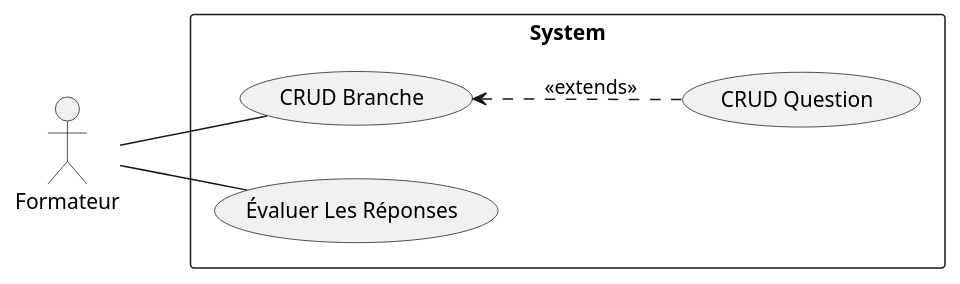
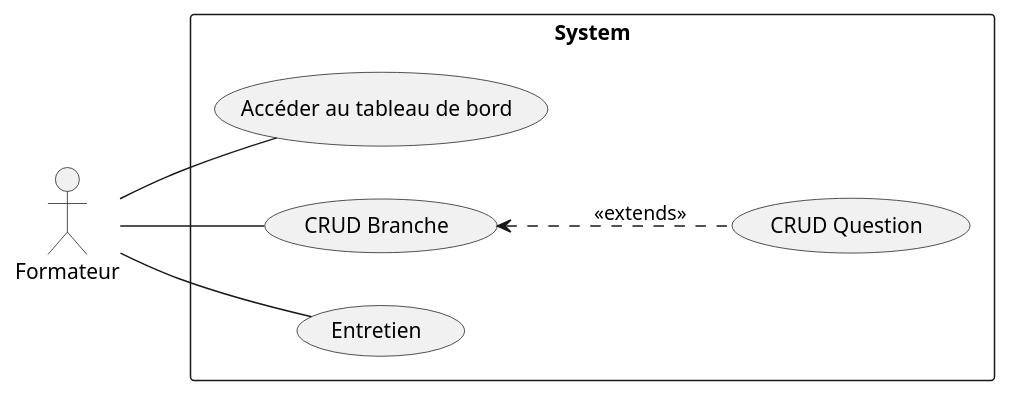
Before and after one commit to Suirita/14.UI_UX: the diagram in Idéation/Cas_utilisation.pu, drawn with PlantUML. The commit also changed 19 other files, not shown here.

```diff
--- a/Idéation/Cas_utilisation.pu
+++ b/Idéation/Cas_utilisation.pu
@@ -1,12 +1,14 @@
 @startuml Cas_utilisation
 left to right direction
 actor "Formateur" as fr
 rectangle System {
-  usecase "CRUD Branche" as UC1
-  usecase "CRUD Question" as UC2
-  usecase "Évaluer Les Réponses" as UC3
+  usecase "Accéder au tableau de bord" as UC1
+  usecase "CRUD Branche" as UC2
+  usecase "CRUD Question" as UC3
+  usecase "Entretien" as UC4
 }
 fr -- UC1
-UC1 <.. UC2 : <<extends>>
-fr -- UC3
+fr -- UC2
+UC2 <.. UC3 : <<extends>>
+fr -- UC4
 @enduml
```
